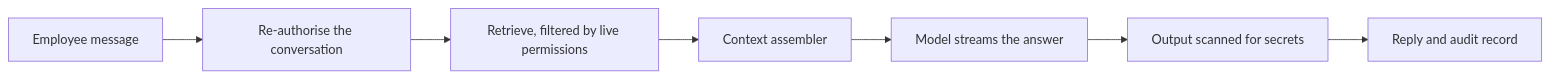
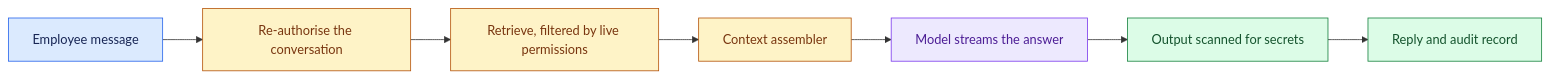
The diagram in site/case-pages/enterprise-chatbot-platform/introduction.md (Sourav692/Forward-Deployed-Engineer-Interview-Prep), drawn with Mermaid before and after one commit. The commit also changed 1268 other files, not shown here.

First line of the commit message:
content: polish Casebook writing and Mermaid diagrams (#251)

````diff
--- a/site/case-pages/enterprise-chatbot-platform/introduction.md
+++ b/site/case-pages/enterprise-chatbot-platform/introduction.md
@@ -15,9 +15,19 @@
 ```mermaid
 flowchart LR
   A[Employee message] --> B[Re-authorise the conversation]
   B --> C[Retrieve, filtered by live permissions]
   C --> D[Context assembler]
   D --> E[Model streams the answer]
   E --> F[Output scanned for secrets]
   F --> G[Reply and audit record]
+
+    %% Casebook colours: entry, reasoning, results, controls, and stopped paths.
+    classDef cbInput fill:#dbeafe,stroke:#2563eb,color:#172554
+    class A cbInput
+    classDef cbPolicy fill:#fef3c7,stroke:#b45309,color:#78350f
+    class B,C,D cbPolicy
+    classDef cbReason fill:#ede9fe,stroke:#7c3aed,color:#4c1d95
+    class E cbReason
+    classDef cbAction fill:#dcfce7,stroke:#15803d,color:#14532d
+    class F,G cbAction
 ```
````
